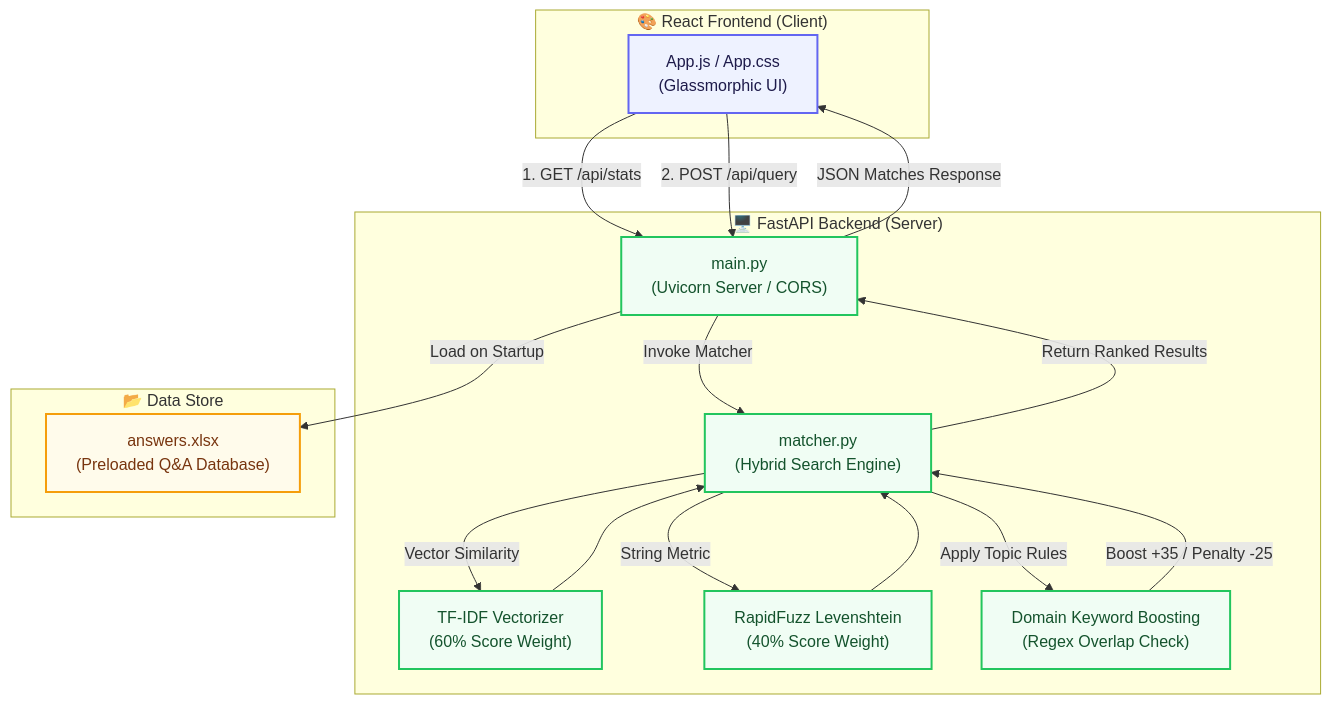
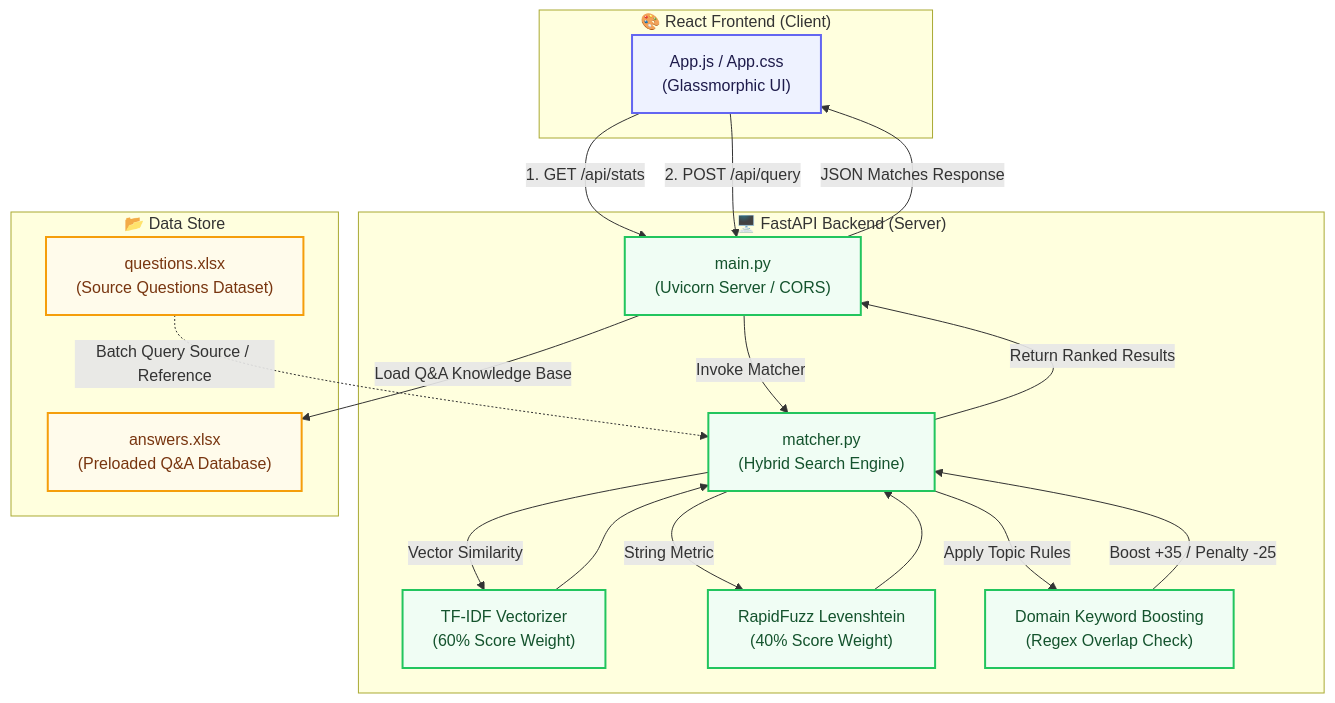
Before and after one commit to chirag07p/qna: the diagram in README.md, drawn with Mermaid.

Commit message:
docs: update architecture diagram to include questions dataset and clarify data loading flow

````diff
--- a/README.md
+++ b/README.md
@@ -40,48 +40,51 @@
 ```mermaid
 graph TD
     %% Styling definitions
     classDef clientStyle fill:#eef2ff,stroke:#6366f1,stroke-width:2px,color:#1e1b4b;
     classDef serverStyle fill:#f0fdf4,stroke:#22c55e,stroke-width:2px,color:#14532d;
     classDef dataStyle fill:#fffbeb,stroke:#f59e0b,stroke-width:2px,color:#78350f;
 
     %% Nodes
     subgraph Client ["🎨 React Frontend (Client)"]
         UI["App.js / App.css<br>(Glassmorphic UI)"]:::clientStyle
     end
 
     subgraph Server ["🖥️ FastAPI Backend (Server)"]
         API["main.py<br>(Uvicorn Server / CORS)"]:::serverStyle
         Matcher["matcher.py<br>(Hybrid Search Engine)"]:::serverStyle
         TFIDF["TF-IDF Vectorizer<br>(60% Score Weight)"]:::serverStyle
         Fuzzy["RapidFuzz Levenshtein<br>(40% Score Weight)"]:::serverStyle
         KeywordBoost["Domain Keyword Boosting<br>(Regex Overlap Check)"]:::serverStyle
     end
 
     subgraph Data ["📂 Data Store"]
-        Excel["answers.xlsx<br>(Preloaded Q&A Database)"]:::dataStyle
+        ExcelAnswers["answers.xlsx<br>(Preloaded Q&A Database)"]:::dataStyle
+        ExcelQuestions["questions.xlsx<br>(Source Questions Dataset)"]:::dataStyle
     end
 
     %% Flows & Interactions
     UI -->|1. GET /api/stats| API
     UI -->|2. POST /api/query| API
     
-    API -->|Load on Startup| Excel
+    API -->|Load Q&A Knowledge Base| ExcelAnswers
+    
+    ExcelQuestions -.->|Batch Query Source / Reference| Matcher
     
     API -->|Invoke Matcher| Matcher
     Matcher -->|Vector Similarity| TFIDF
     Matcher -->|String Metric| Fuzzy
     
     TFIDF --> Matcher
     Fuzzy --> Matcher
     
     Matcher -->|Apply Topic Rules| KeywordBoost
     KeywordBoost -->|Boost +35 / Penalty -25| Matcher
     
     Matcher -->|Return Ranked Results| API
     API -->|JSON Matches Response| UI
 
     %% Custom Class assignments
     class UI clientStyle;
     class API,Matcher,TFIDF,Fuzzy,KeywordBoost serverStyle;
-    class Excel dataStyle;
+    class ExcelAnswers,ExcelQuestions dataStyle;
 ```
````
